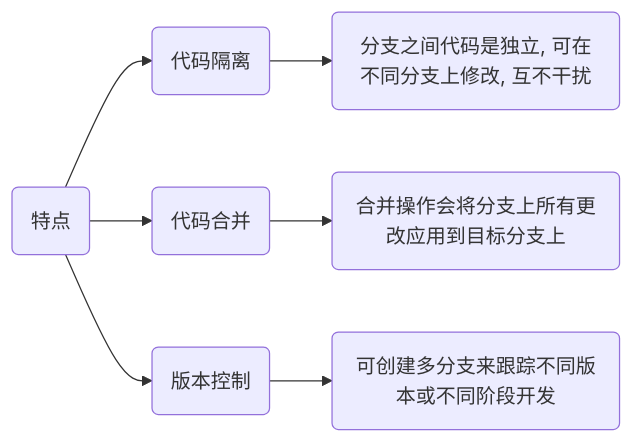
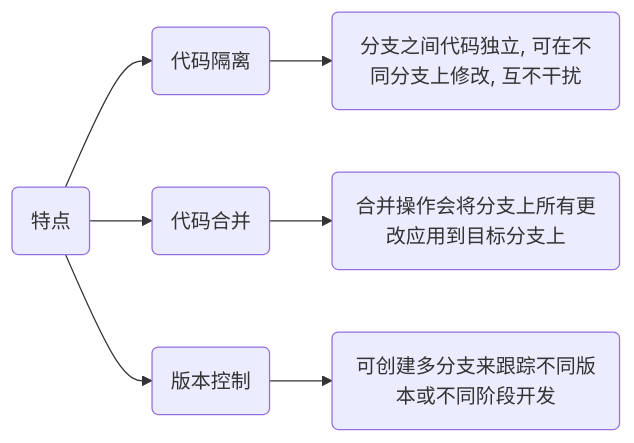
One commit to dmjcb/dmjcb.github.io changed the third of 14 diagrams in _posts/software/git/2024-09-24-命令.md. Above: the diagram before and after it, drawn with Mermaid. The commit also changed other lines of this file and 32 other files, not shown here.

````diff
--- a/_posts/software/git/2024-09-24-命令.md
+++ b/_posts/software/git/2024-09-24-命令.md
@@ -331,7 +328,7 @@
 ```mermaid
 graph LR;
     P(特点)
-    P-->A(代码隔离)-->A1(分支之间代码是独立, 可在不同分支上修改, 互不干扰)
+    P-->A(代码隔离)-->A1(分支之间代码独立, 可在不同分支上修改, 互不干扰)
     P-->B(代码合并)-->B1(合并操作会将分支上所有更改应用到目标分支上)
     P-->C(版本控制)-->C1(可创建多分支来跟踪不同版本或不同阶段开发)
 ```
````
